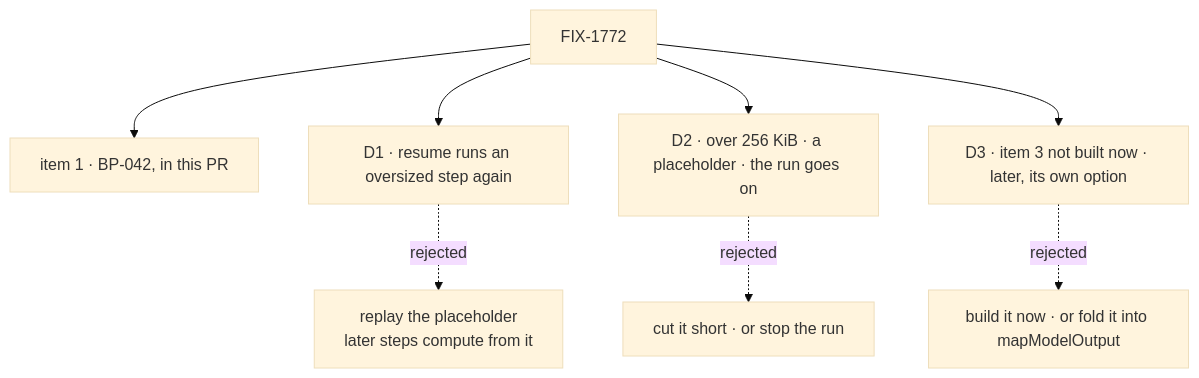
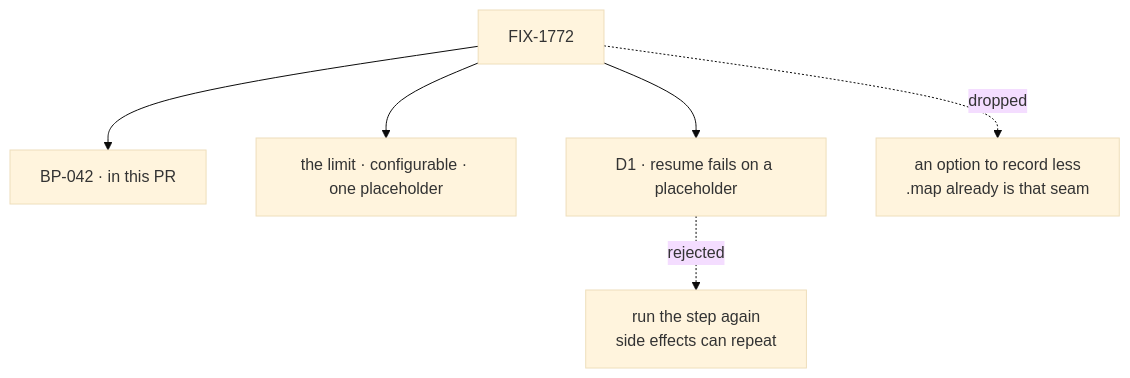
The diagram in specs/issues/FIX-1772/DECISIONS.md (fixpoint-labs/flow-state-dev), drawn with Mermaid (base theme) before and after one commit. The commit also changed other lines of this file and 11 other files, not shown here.

````diff
--- a/specs/issues/FIX-1772/DECISIONS.md
+++ b/specs/issues/FIX-1772/DECISIONS.md
@@ -11,10 +10,8 @@
 ```mermaid
 flowchart TD
-  I["FIX-1772"] --> R["item 1 · BP-042, in this PR"]
-  I --> D1["D1 · resume runs an oversized step again"]
-  D1 -.->|"rejected"| X1["replay the placeholder<br/>later steps compute from it"]
-  I --> D2["D2 · over 256 KiB · a placeholder · the run goes on"]
-  D2 -.->|"rejected"| X2["cut it short · or stop the run"]
-  I --> D3["D3 · item 3 not built now · later, its own option"]
-  D3 -.->|"rejected"| X3["build it now · or fold it into mapModelOutput"]
+  I["FIX-1772"] --> R["BP-042 · in this PR"]
+  I --> L["the limit · configurable · one placeholder"]
+  I --> D1["D1 · resume fails on a placeholder"]
+  D1 -.->|"rejected"| X1["run the step again<br/>side effects can repeat"]
+  I -.->|"dropped"| X3["an option to record less<br/>.map already is that seam"]
 ```
````
